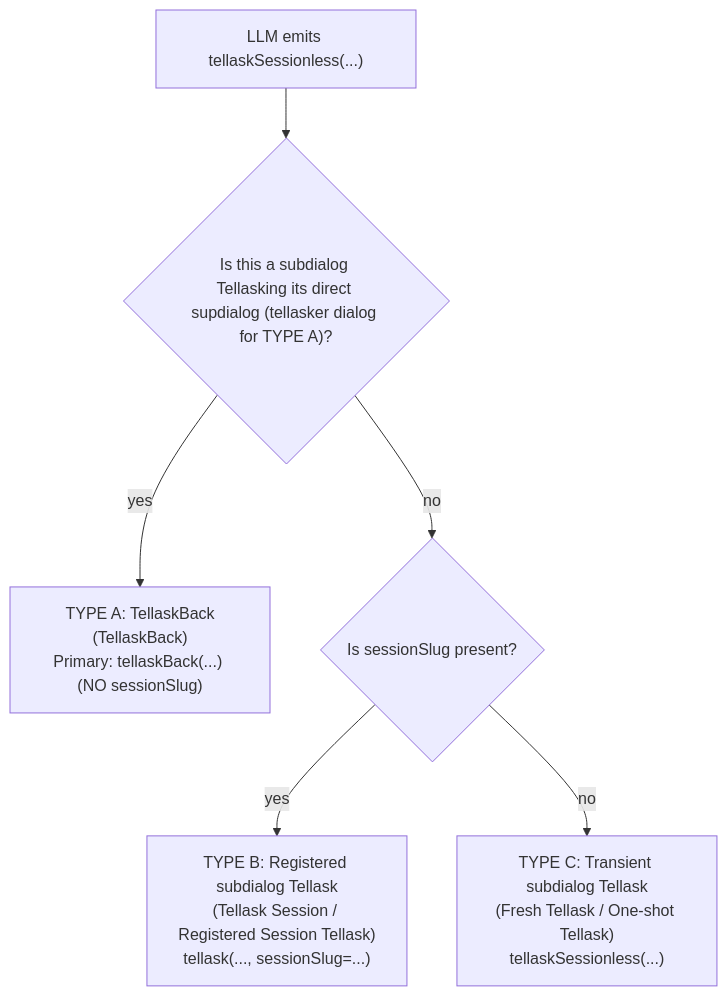
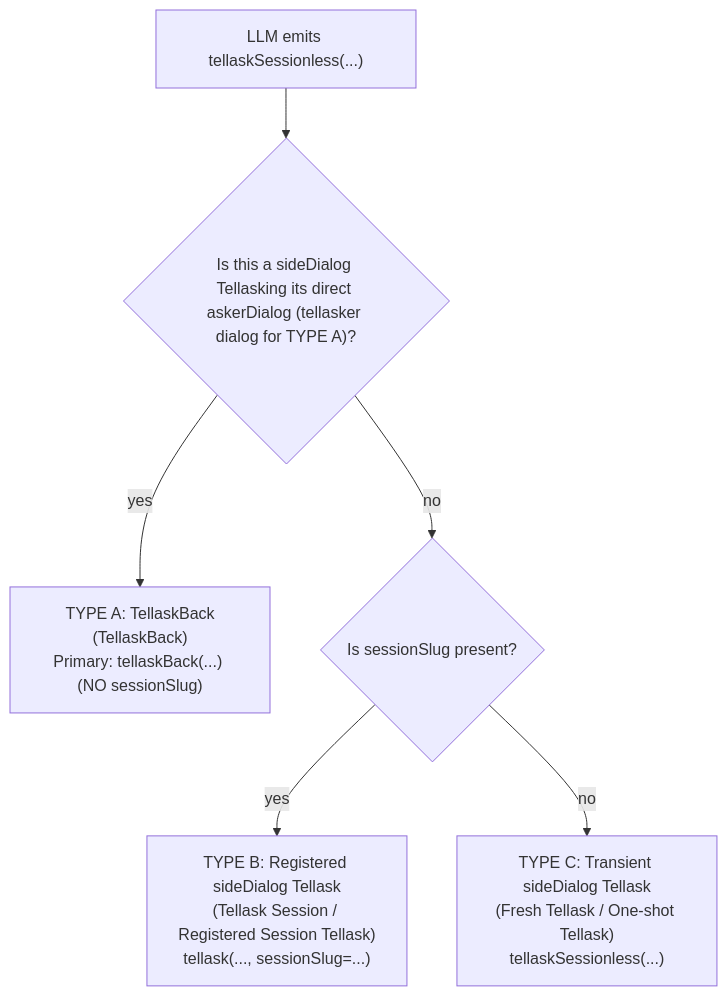
Before and after one commit to longrun-ai/dominds: the first of 18 diagrams in docs/dialog-system.md, drawn with Mermaid. The commit also changed other lines of this file and 195 other files, not shown here.

````diff
--- a/docs/dialog-system.md
+++ b/docs/dialog-system.md
@@ -213,8 +213,8 @@
 ```mermaid
 flowchart TD
-  M["LLM emits tellaskSessionless(...)"] --> Q{"Is this a subdialog Tellasking its direct supdialog (tellasker dialog for TYPE A)?"}
+  M["LLM emits tellaskSessionless(...)"] --> Q{"Is this a sideDialog Tellasking its direct askerDialog (tellasker dialog for TYPE A)?"}
   Q -- yes --> A["TYPE A: TellaskBack<br/>(TellaskBack)<br/>Primary: tellaskBack(...) (NO sessionSlug)"]
   Q -- no --> T{Is sessionSlug present?}
-  T -- yes --> B["TYPE B: Registered subdialog Tellask<br/>(Tellask Session / Registered Session Tellask)<br/>tellask(..., sessionSlug=...)"]
-  T -- no --> C["TYPE C: Transient subdialog Tellask<br/>(Fresh Tellask / One-shot Tellask)<br/>tellaskSessionless(...)"]
+  T -- yes --> B["TYPE B: Registered sideDialog Tellask<br/>(Tellask Session / Registered Session Tellask)<br/>tellask(..., sessionSlug=...)"]
+  T -- no --> C["TYPE C: Transient sideDialog Tellask<br/>(Fresh Tellask / One-shot Tellask)<br/>tellaskSessionless(...)"]
 ```
````
